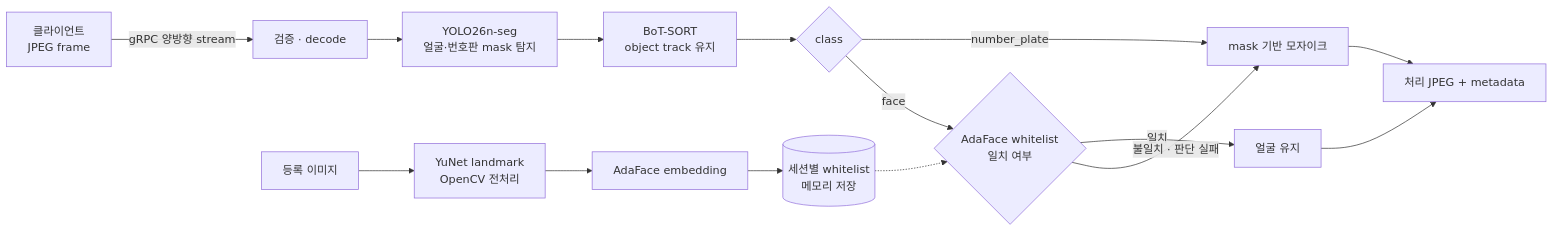
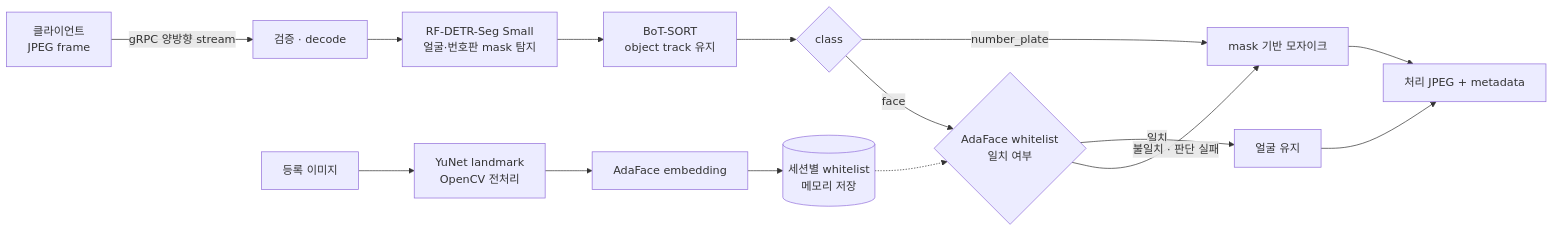
The diagram in README.md (team-framework/innolive-ai), drawn with Mermaid before and after one commit. The commit also changed other lines of this file and 9 other files, not shown here.

````diff
--- a/README.md
+++ b/README.md
@@ -21,18 +21,18 @@
 ```mermaid
 flowchart LR
     Client["클라이언트<br/>JPEG frame"] -->|gRPC 양방향 stream| Decode["검증 · decode"]
-    Decode --> Detect["YOLO26n-seg<br/>얼굴·번호판 mask 탐지"]
+    Decode --> Detect["RF-DETR-Seg Small<br/>얼굴·번호판 mask 탐지"]
     Detect --> Track["BoT-SORT<br/>object track 유지"]
     Track --> Type{"class"}
     Type -->|number_plate| Mosaic["mask 기반 모자이크"]
     Type -->|face| Match{"AdaFace whitelist<br/>일치 여부"}
     Match -->|일치| Keep["얼굴 유지"]
     Match -->|불일치 · 판단 실패| Mosaic
     Keep --> Output["처리 JPEG + metadata"]
     Mosaic --> Output
 
     Enroll["등록 이미지"] --> Align["YuNet landmark<br/>OpenCV 전처리"]
     Align --> Embed["AdaFace embedding"]
     Embed --> Whitelist[("세션별 whitelist<br/>메모리 저장")]
     Whitelist -.-> Match
 ```
````
